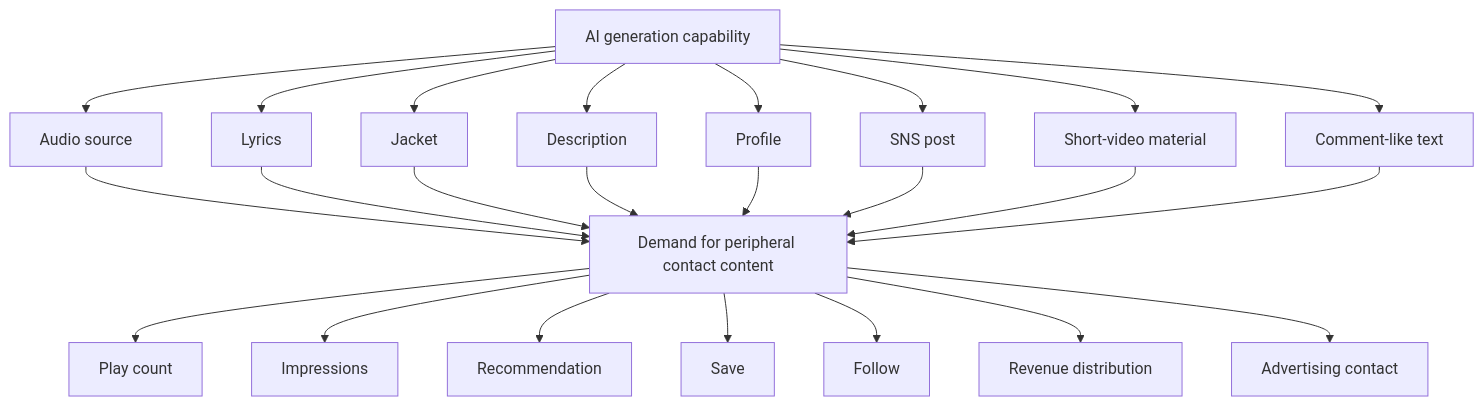
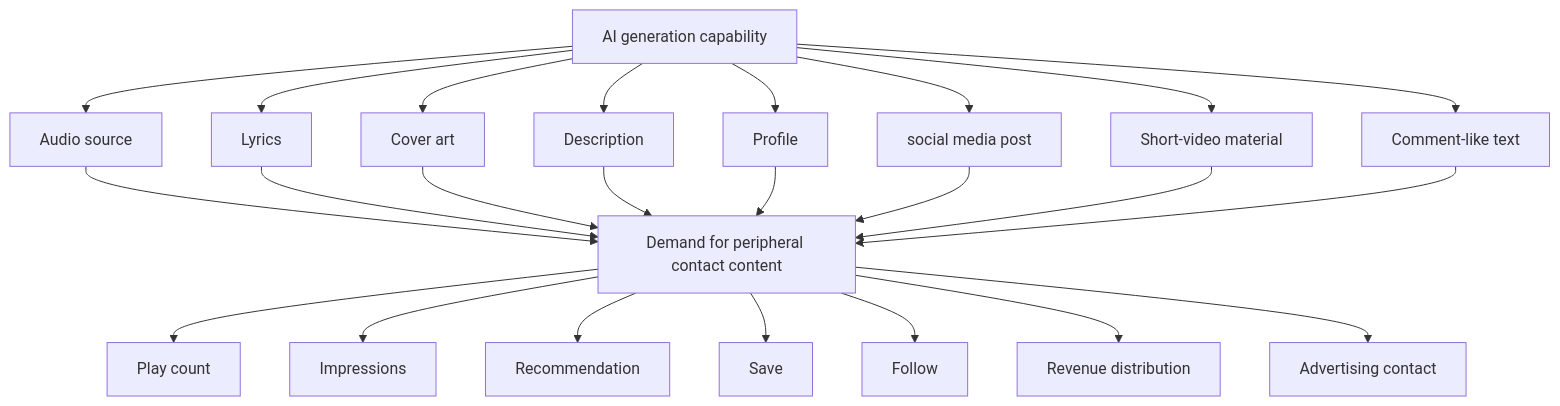
The second of 2 diagrams in reports/en/009_ai_slop_revenue_model.md (kuroam/hss-observation-reports), drawn with Mermaid before and after one commit. The commit also changed other lines of this file, not shown here.

````diff
--- a/reports/en/009_ai_slop_revenue_model.md
+++ b/reports/en/009_ai_slop_revenue_model.md
@@ -372,48 +372,48 @@
 ```mermaid
 flowchart TD
   AI[AI generation capability]
   S1[Audio source]
   S2[Lyrics]
-  S3[Jacket]
+  S3[Cover art]
   S4[Description]
   S5[Profile]
-  S6[SNS post]
+  S6[social media post]
   S7[Short-video material]
   S8[Comment-like text]
 
   D[Demand for peripheral contact content]
 
   M1[Play count]
   M2[Impressions]
   M3[Recommendation]
   M4[Save]
   M5[Follow]
   M6[Revenue distribution]
   M7[Advertising contact]
 
   AI --> S1
   AI --> S2
   AI --> S3
   AI --> S4
   AI --> S5
   AI --> S6
   AI --> S7
   AI --> S8
 
   S1 --> D
   S2 --> D
   S3 --> D
   S4 --> D
   S5 --> D
   S6 --> D
   S7 --> D
   S8 --> D
 
   D --> M1
   D --> M2
   D --> M3
   D --> M4
   D --> M5
   D --> M6
   D --> M7
 ```
````
